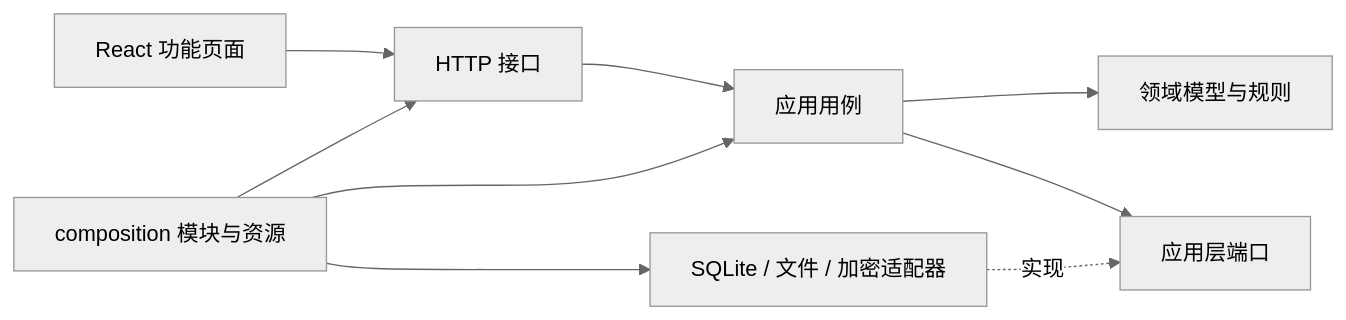
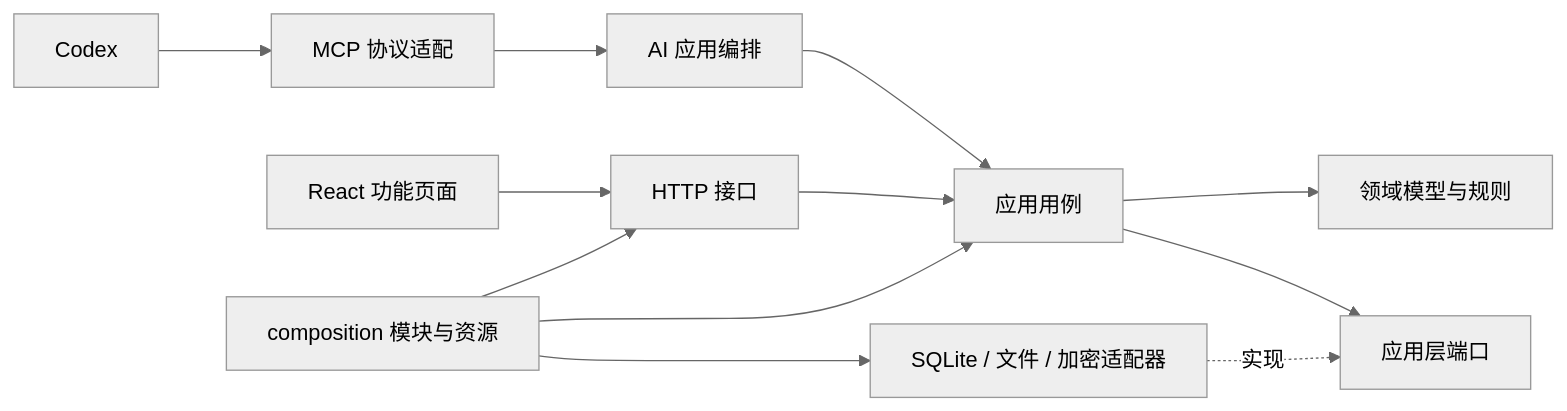
Before and after one commit to baiqiuran/Teamwork: the diagram in docs/architecture.md, drawn with Mermaid (neutral theme). The commit also changed other lines of this file and 129 other files, not shown here.

````diff
--- a/docs/architecture.md
+++ b/docs/architecture.md
@@ -42,11 +58,14 @@
 ```mermaid
 flowchart LR
   UI[React 功能页面] --> HTTP[HTTP 接口]
+  CODEX[Codex] --> MCP[MCP 协议适配]
+  MCP --> AI[AI 应用编排]
+  AI --> APP
   HTTP --> APP[应用用例]
   APP --> DOMAIN[领域模型与规则]
   APP --> PORTS[应用层端口]
   INFRA[SQLite / 文件 / 加密适配器] -.实现.-> PORTS
   ROOT[composition 模块与资源] --> HTTP
   ROOT --> APP
   ROOT --> INFRA
 ```
````
